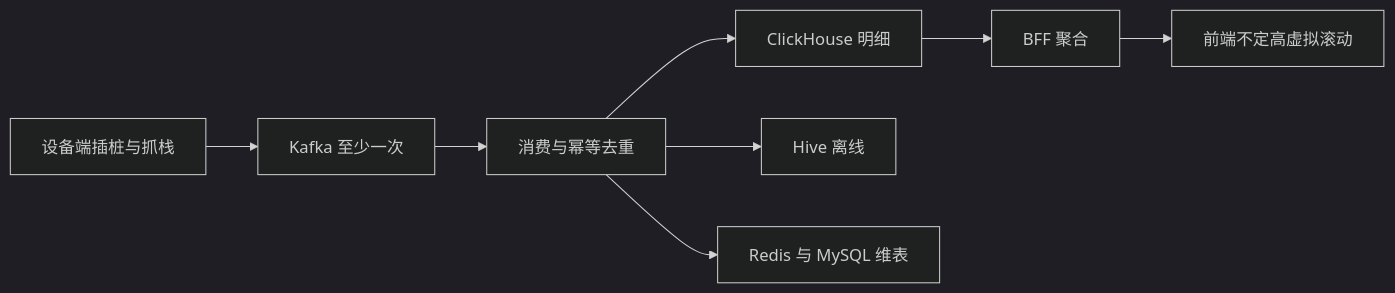
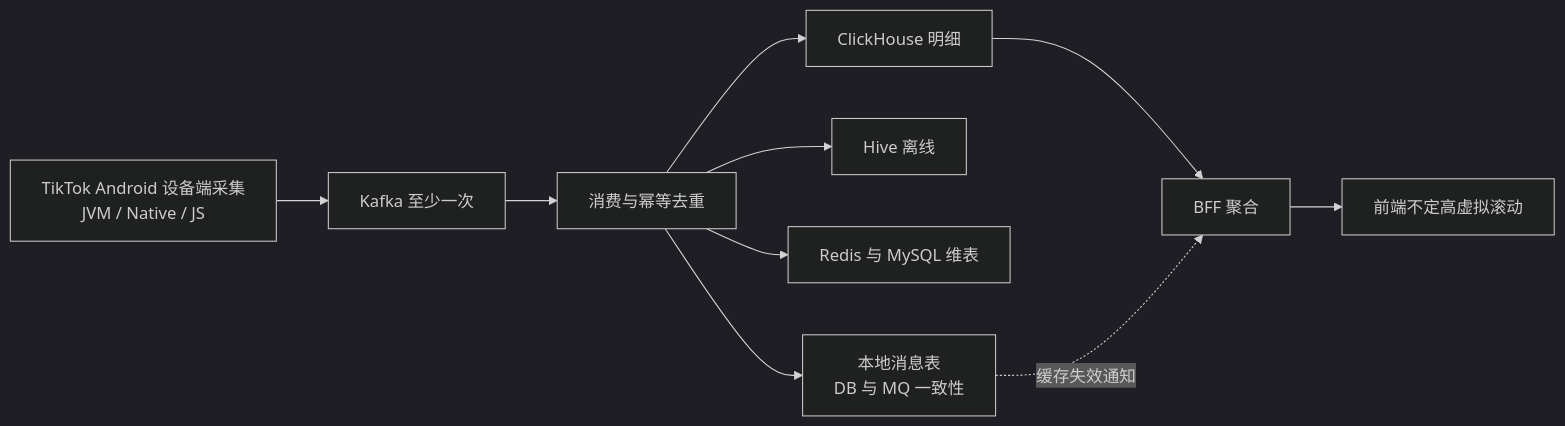
One commit to yukino-js/26autumn changed the first of 6 diagrams in content/docs/tiktok.md. Above: the diagram before and after it, drawn with Mermaid (dark theme). The commit also changed other lines of this file, not shown here.

````diff
--- a/content/docs/tiktok.md
+++ b/content/docs/tiktok.md
@@ -8,10 +8,12 @@
 ```mermaid
 flowchart LR
-  A[设备端插桩与抓栈] --> B[Kafka 至少一次]
+  A[TikTok Android 设备端采集<br/>JVM / Native / JS] --> B[Kafka 至少一次]
   B --> C[消费与幂等去重]
   C --> D[ClickHouse 明细]
   C --> E[Hive 离线]
   C --> F[Redis 与 MySQL 维表]
-  D --> G[BFF 聚合]
-  G --> H[前端不定高虚拟滚动]
+  C --> G[本地消息表<br/>DB 与 MQ 一致性]
+  D --> H[BFF 聚合]
+  G -.->|缓存失效通知| H
+  H --> I[前端不定高虚拟滚动]
 ```
````
